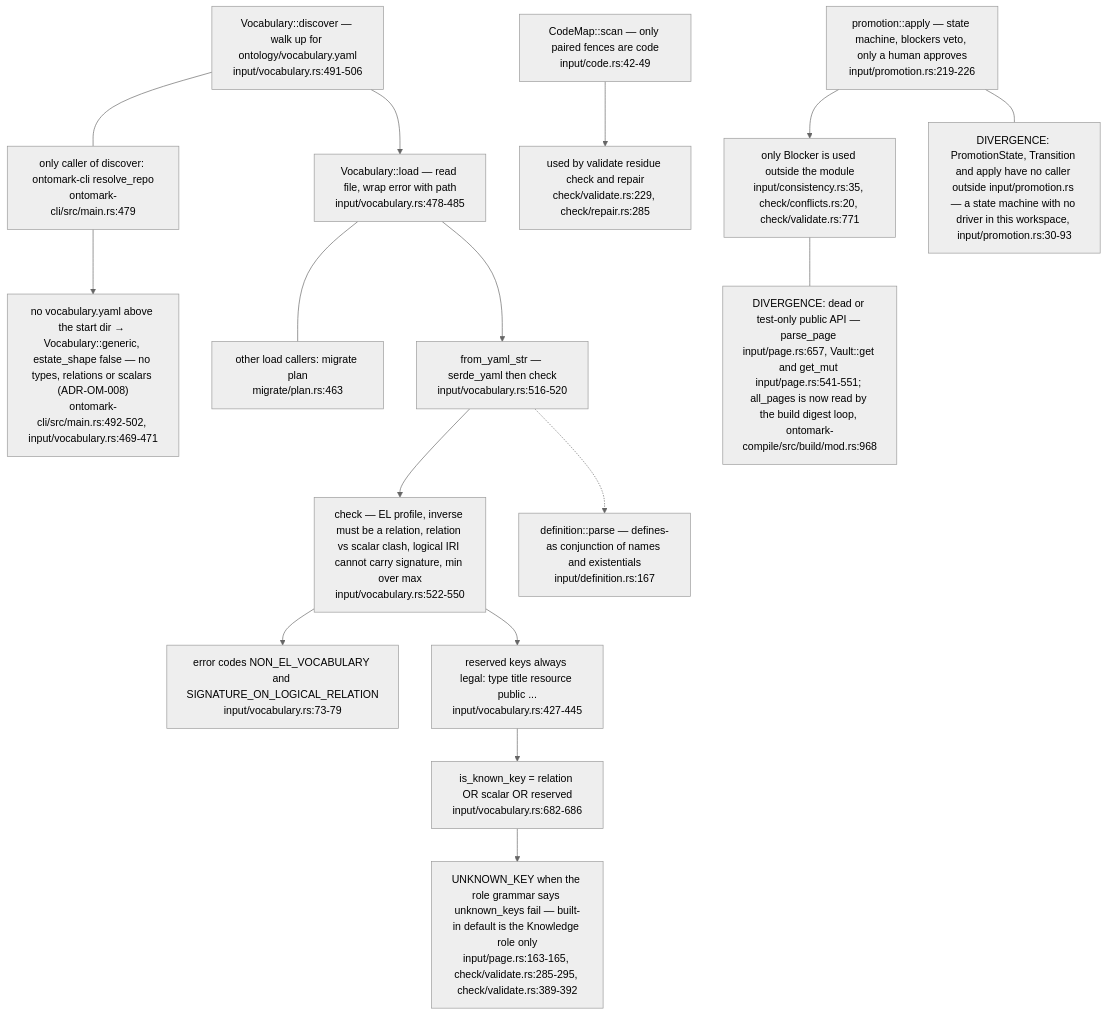
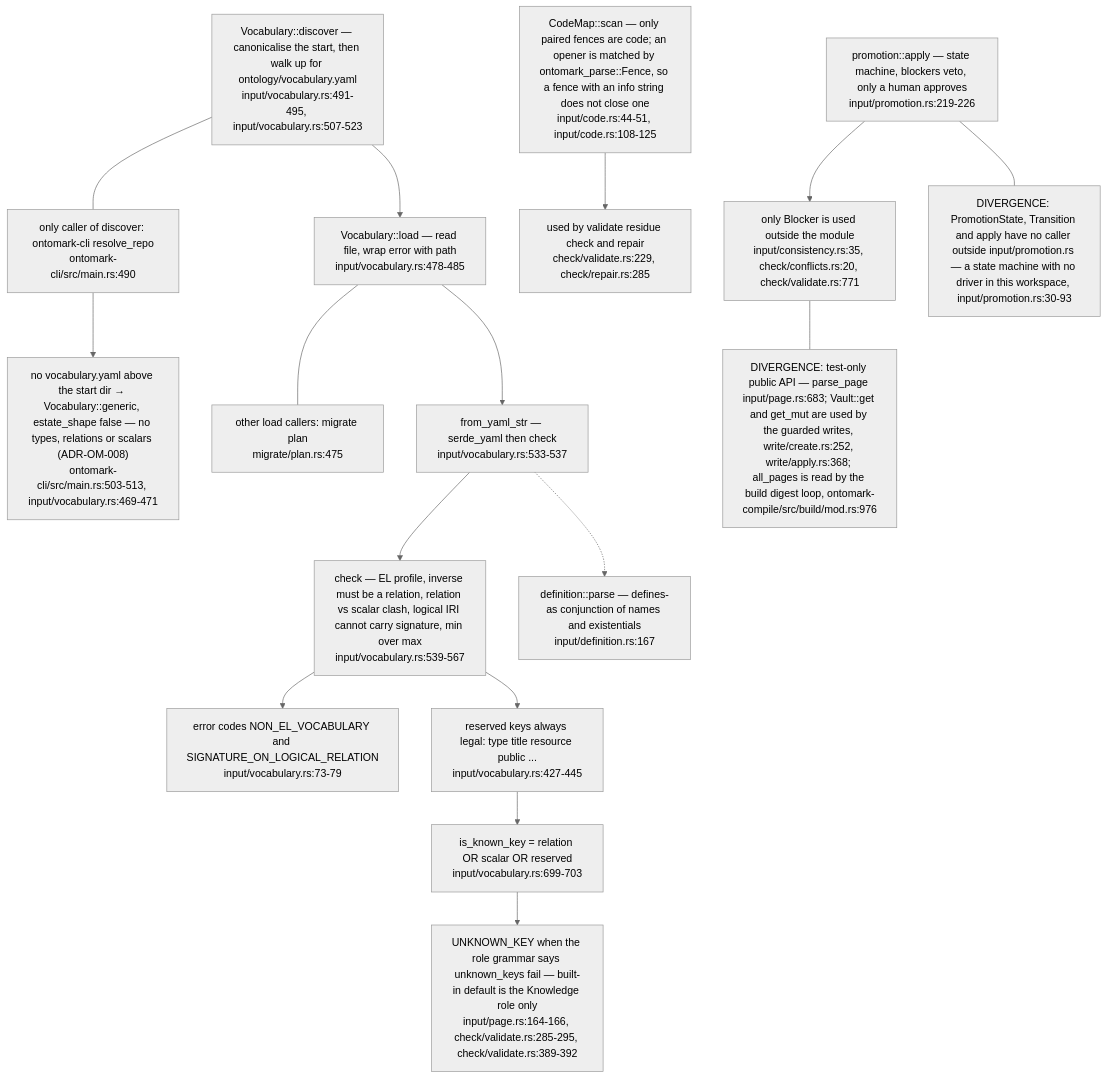
The sixth of 6 diagrams in docs/diagrams/ontomark/01-input-layer-vault-pages-and-gates.md (DreamLab-AI/VisionFlow), drawn with Mermaid (neutral theme) before and after one commit. The commit also changed other lines of this file and 91 other files, not shown here.

````diff
--- a/docs/diagrams/ontomark/01-input-layer-vault-pages-and-gates.md
+++ b/docs/diagrams/ontomark/01-input-layer-vault-pages-and-gates.md
@@ -245,31 +251,31 @@
 ```mermaid
 flowchart TD
-    DISC["Vocabulary::discover — walk up for ontology/vocabulary.yaml<br/>input/vocabulary.rs:491-506"]
-    CLIUSE["only caller of discover: ontomark-cli resolve_repo<br/>ontomark-cli/src/main.rs:479"]
-    GENERIC["no vocabulary.yaml above the start dir → Vocabulary::generic, estate_shape false — no types, relations or scalars (ADR-OM-008)<br/>ontomark-cli/src/main.rs:492-502, input/vocabulary.rs:469-471"]
+    DISC["Vocabulary::discover — canonicalise the start, then walk up for ontology/vocabulary.yaml<br/>input/vocabulary.rs:491-495, input/vocabulary.rs:507-523"]
+    CLIUSE["only caller of discover: ontomark-cli resolve_repo<br/>ontomark-cli/src/main.rs:490"]
+    GENERIC["no vocabulary.yaml above the start dir → Vocabulary::generic, estate_shape false — no types, relations or scalars (ADR-OM-008)<br/>ontomark-cli/src/main.rs:503-513, input/vocabulary.rs:469-471"]
     LOADV["Vocabulary::load — read file, wrap error with path<br/>input/vocabulary.rs:478-485"]
-    LOADERS["other load callers: migrate plan<br/>migrate/plan.rs:463"]
-    FROMYAML["from_yaml_str — serde_yaml then check<br/>input/vocabulary.rs:516-520"]
-    CHECK["check — EL profile, inverse must be a relation, relation vs scalar clash, logical IRI cannot carry signature, min over max<br/>input/vocabulary.rs:522-550"]
+    LOADERS["other load callers: migrate plan<br/>migrate/plan.rs:475"]
+    FROMYAML["from_yaml_str — serde_yaml then check<br/>input/vocabulary.rs:533-537"]
+    CHECK["check — EL profile, inverse must be a relation, relation vs scalar clash, logical IRI cannot carry signature, min over max<br/>input/vocabulary.rs:539-567"]
     NONEL["error codes NON_EL_VOCABULARY and SIGNATURE_ON_LOGICAL_RELATION<br/>input/vocabulary.rs:73-79"]
     RESERVED["reserved keys always legal: type title resource public ...<br/>input/vocabulary.rs:427-445"]
-    KNOWN["is_known_key = relation OR scalar OR reserved<br/>input/vocabulary.rs:682-686"]
-    STRICT["UNKNOWN_KEY when the role grammar says unknown_keys fail — built-in default is the Knowledge role only<br/>input/page.rs:163-165, check/validate.rs:285-295, check/validate.rs:389-392"]
+    KNOWN["is_known_key = relation OR scalar OR reserved<br/>input/vocabulary.rs:699-703"]
+    STRICT["UNKNOWN_KEY when the role grammar says unknown_keys fail — built-in default is the Knowledge role only<br/>input/page.rs:164-166, check/validate.rs:285-295, check/validate.rs:389-392"]
     DEFN["definition::parse — defines-as conjunction of names and existentials<br/>input/definition.rs:167"]
-    CODE["CodeMap::scan — only paired fences are code<br/>input/code.rs:42-49"]
+    CODE["CodeMap::scan — only paired fences are code; an opener is matched by ontomark_parse::Fence, so a fence with an info string does not close one<br/>input/code.rs:44-51, input/code.rs:108-125"]
     CODEUSE["used by validate residue check and repair<br/>check/validate.rs:229, check/repair.rs:285"]
     PROMO["promotion::apply — state machine, blockers veto, only a human approves<br/>input/promotion.rs:219-226"]
     PROMOUSE["only Blocker is used outside the module<br/>input/consistency.rs:35, check/conflicts.rs:20, check/validate.rs:771"]
     DISC --> LOADV --> FROMYAML --> CHECK --> NONEL
     DISC --- CLIUSE
     CLIUSE --> GENERIC
     LOADV --- LOADERS
     CHECK --> RESERVED --> KNOWN --> STRICT
     FROMYAML -.-> DEFN
     CODE --> CODEUSE
     PROMO --> PROMOUSE
     note1["DIVERGENCE: PromotionState, Transition and apply have no caller outside input/promotion.rs — a state machine with no driver in this workspace, input/promotion.rs:30-93"]
-    note2["DIVERGENCE: dead or test-only public API — parse_page input/page.rs:657, Vault::get and get_mut input/page.rs:541-551; all_pages is now read by the build digest loop, ontomark-compile/src/build/mod.rs:968"]
+    note2["DIVERGENCE: test-only public API — parse_page input/page.rs:683; Vault::get and get_mut are used by the guarded writes, write/create.rs:252, write/apply.rs:368; all_pages is read by the build digest loop, ontomark-compile/src/build/mod.rs:976"]
     PROMO --- note1
     PROMOUSE --- note2
 ```
````
